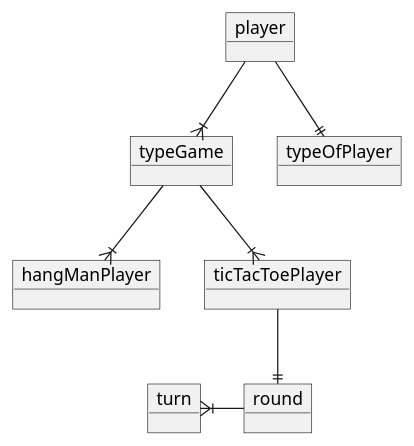
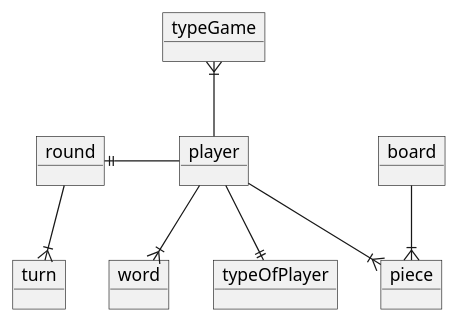
Before and after one commit to Gabs16TL/Second_Project_Peristence: the diagram in dataModels/ConceptualModel.wsd, drawn with PlantUML. The commit also changed 5 other files, not shown here.

```diff
--- a/dataModels/ConceptualModel.wsd
+++ b/dataModels/ConceptualModel.wsd
@@ -1,20 +1,26 @@
 @startuml VocabularyConceptualModelMain
 
 object round
 object turn
 object player
-object hangManPlayer
-object ticTacToePlayer
 object typeGame
 object typeOfPlayer
 
-player --|{ typeGame
-typeGame --|{ ticTacToePlayer
-typeGame --|{ hangManPlayer
+player -up-|{ typeGame
+round --|{ turn
+player --|| typeOfPlayer
+player -left-|| round
 
-round -left-|{ turn
+/' Tic Tac Toe'/
+object board
+object piece
 
-ticTacToePlayer --|| round
+board --|{piece
+player --|{piece
 
-player --|| typeOfPlayer
+/' HangMan'/
+object word
+
+player --|{word
+
 @enduml
```
